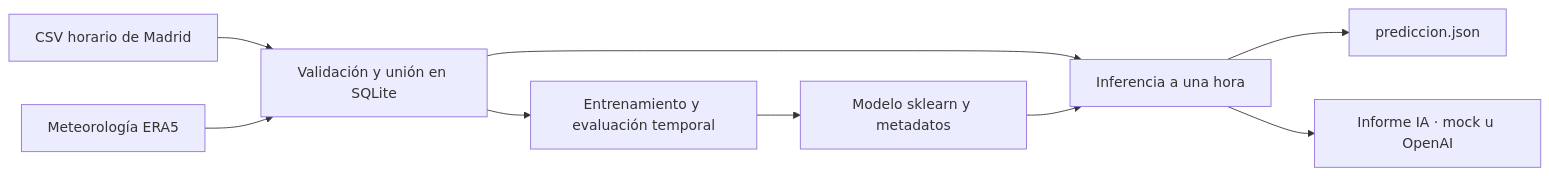
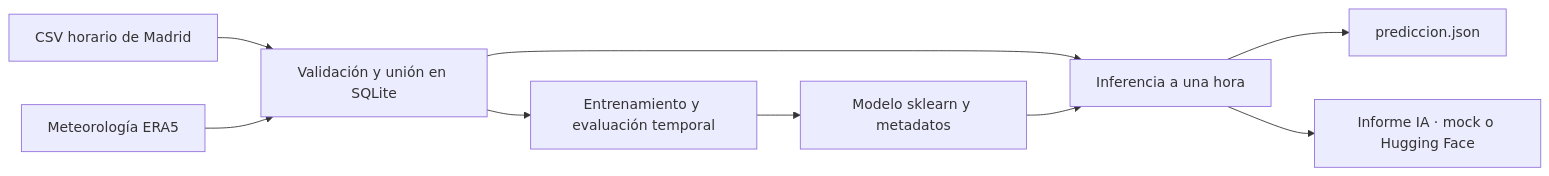
One commit to RSL003/dsia-26-27 changed the diagram in proyectos/proyecto_ii/README.md. Above: the diagram before and after it, drawn with Mermaid. The commit also changed other lines of this file and 9 other files, not shown here.

Commit message:
Integra Hugging Face para los informes de calidad del aire

````diff
--- a/proyectos/proyecto_ii/README.md
+++ b/proyectos/proyecto_ii/README.md
@@ -9,11 +9,11 @@
 ```mermaid
 flowchart LR
     A["CSV horario de Madrid"] --> C["Validación y unión en SQLite"]
     B["Meteorología ERA5"] --> C
     C --> D["Entrenamiento y evaluación temporal"]
     D --> E["Modelo sklearn y metadatos"]
     C --> F["Inferencia a una hora"]
     E --> F
     F --> G["prediccion.json"]
-    F --> H["Informe IA · mock u OpenAI"]
+    F --> H["Informe IA · mock o Hugging Face"]
 ```
````
